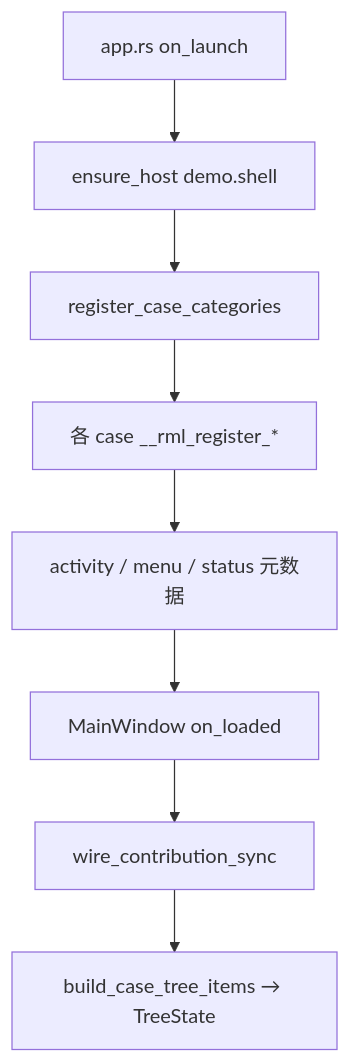
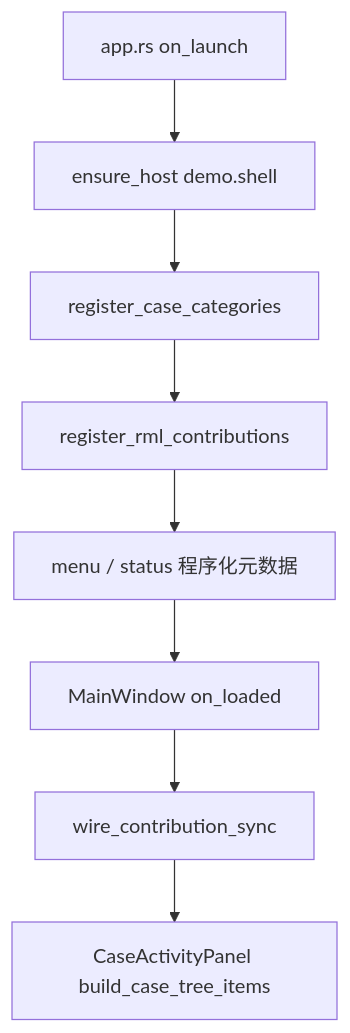
Before and after one commit to Rust-Framework/rust-gpui-rml: the second of 2 diagrams in docs/09-architecture/contribution-system.md, drawn with Mermaid. The commit also changed other lines of this file and 18 other files, not shown here.

````diff
--- a/docs/09-architecture/contribution-system.md
+++ b/docs/09-architecture/contribution-system.md
@@ -88,10 +111,10 @@
 ```mermaid
 flowchart TD
     Launch[app.rs on_launch] --> Ensure[ensure_host demo.shell]
     Ensure --> Cats[register_case_categories]
-    Cats --> Cases[各 case __rml_register_*]
-    Cases --> Other[activity / menu / status 元数据]
+    Cats --> Auto[register_rml_contributions]
+    Auto --> Other[menu / status 程序化元数据]
     Other --> MW[MainWindow on_loaded]
     MW --> Wire[wire_contribution_sync]
-    Wire --> Build[build_case_tree_items → TreeState]
+    Wire --> Build[CaseActivityPanel build_case_tree_items]
 ```
````
